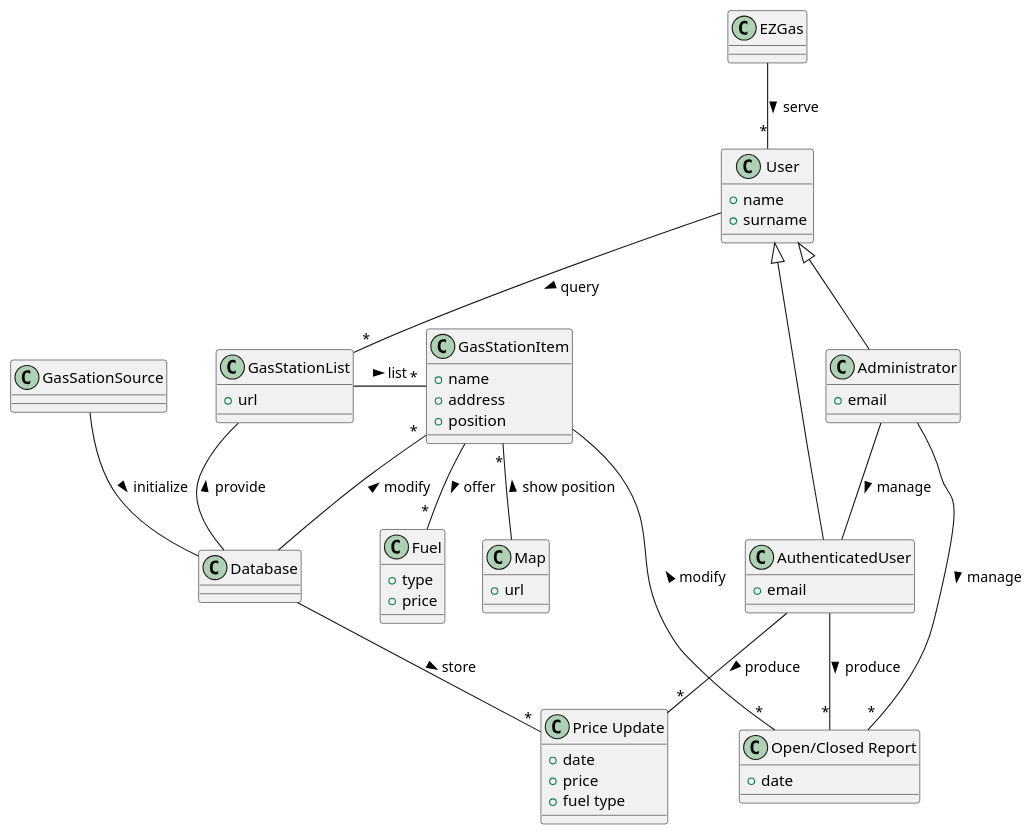
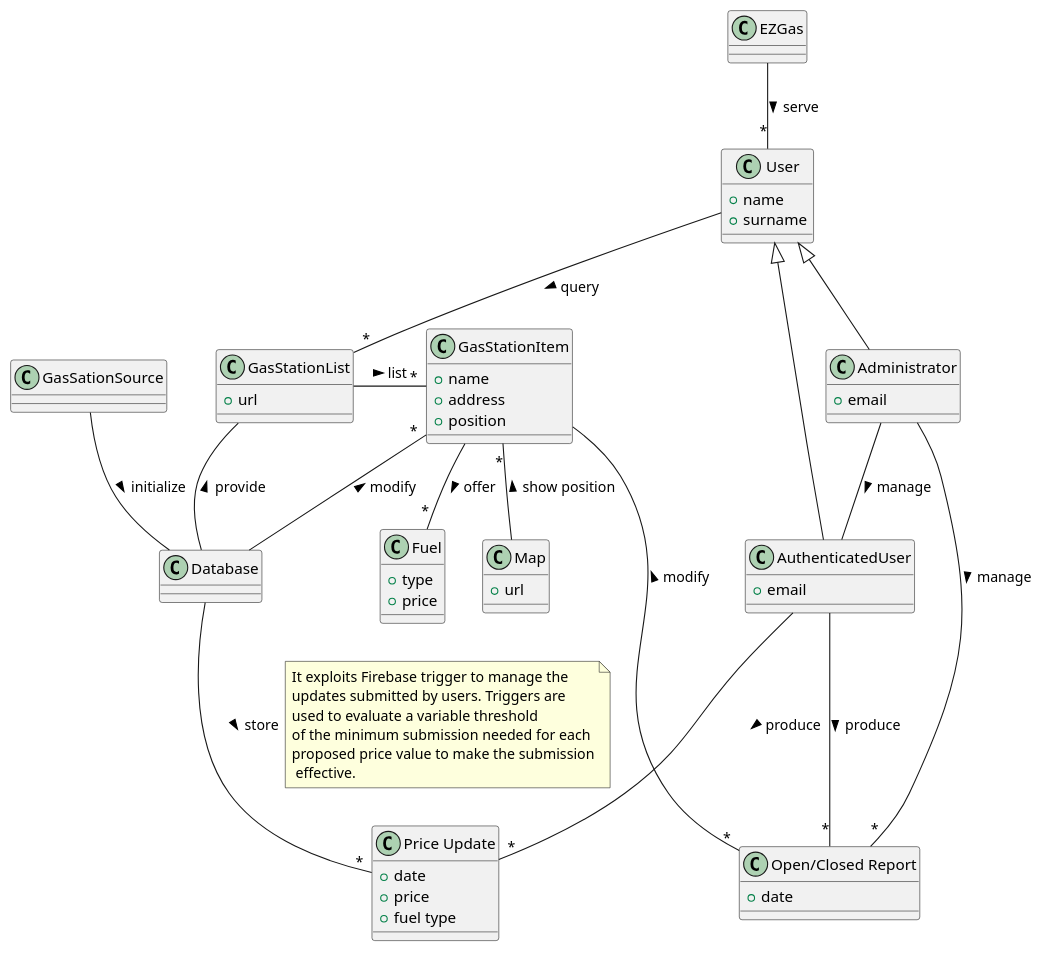
One commit to aureliocirella/se1-ezgas changed the third of 4 diagrams in docs/RequirementsDocument.md. Above: the diagram before and after it, drawn with PlantUML. The commit also changed 1 other file, not shown here.

Commit message:
fix: add note to glossary and add images of UI

````diff
--- a/docs/RequirementsDocument.md
+++ b/docs/RequirementsDocument.md
@@ -440,61 +440,71 @@
 ```plantuml
 class User {
 + name
 + surname
 }
 class Administrator {
 + email
 }
 
 class Fuel {
 +type
 +price
 }
 
 class GasStationList {
 +url
 }
 
 class GasStationItem {
 + name
 + address
 + position
 }
 
 class "Open/Closed Report"{
 + date
 
 }
 
 class "Price Update"{
 + date
 + price
 +fuel type
 }
 
 class Map {
 + url
 
 }
 
 class AuthenticatedUser{
 + email
 }
+ 
+ 
 
 EZGas -- "*" User :serve >
 GasSationSource -down- Database :  initialize > 
 Database -- GasStationList : provide >
 Administrator -- AuthenticatedUser: manage >
 User <|-- Administrator 
 GasStationList -right- "*" GasStationItem :list >
 User <|-right- AuthenticatedUser 
 GasStationItem "*"-- Map : < show position
 User -- "*"  GasStationList : query >
 GasStationItem -- "*" "Open/Closed Report" :< modify 
 Administrator -- "*"  "Open/Closed Report" :  manage >
 Database -- "*"  "Price Update" :  store >
+note right on link  
+It exploits Firebase trigger to manage the 
+updates submitted by users. Triggers are
+used to evaluate a variable threshold 
+of the minimum submission needed for each 
+proposed price value to make the submission
+ effective.
+end note
 AuthenticatedUser-- "*" "Open/Closed Report" : produce >
 AuthenticatedUser-- "*"  "Price Update" : produce >
 GasStationItem "*" -- Database : < modify
 GasStationItem  -- "*" Fuel : > offer
 ```
````
